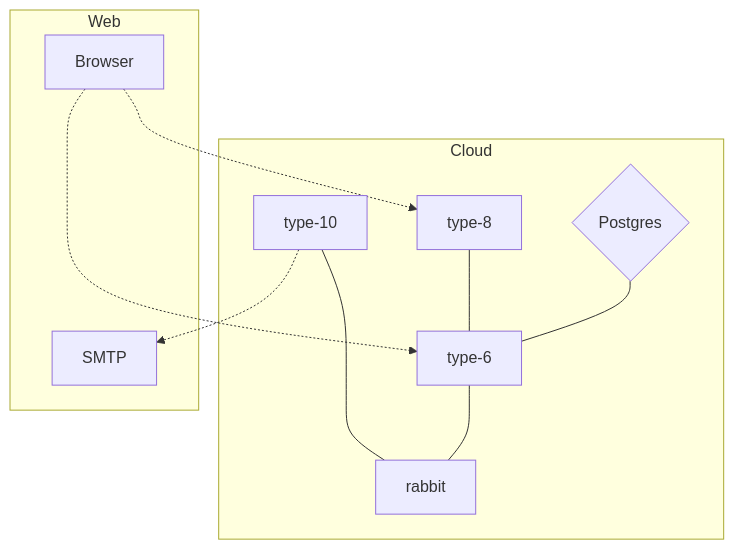
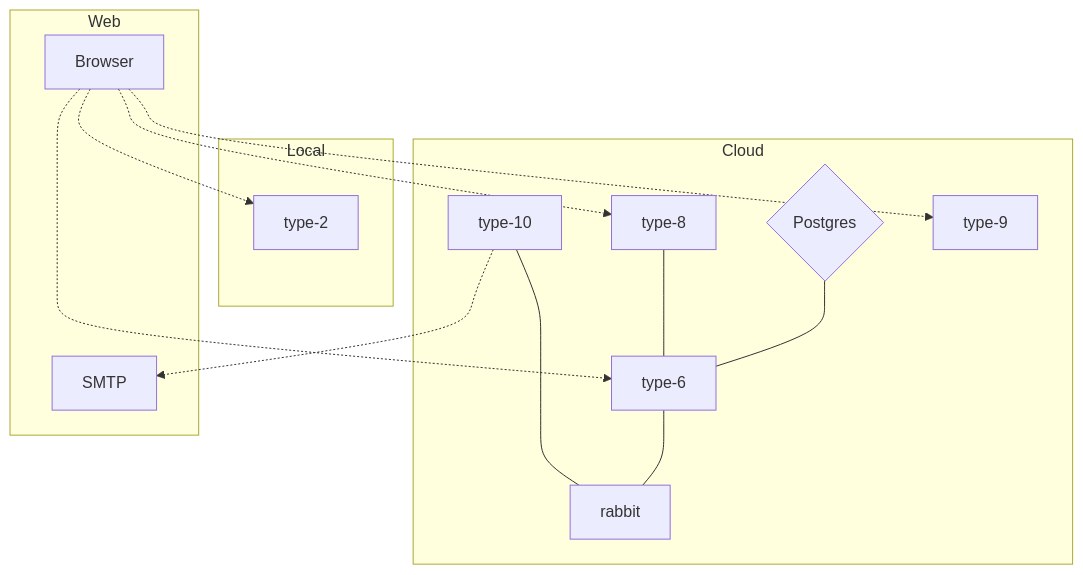
Before and after one commit to timattt/TypeSixCloud: the diagram in Readme.md, drawn with Mermaid. The commit also changed other lines of this file, not shown here.

````diff
--- a/Readme.md
+++ b/Readme.md
@@ -13,17 +13,21 @@
 ```mermaid
 graph TD;
  subgraph "Cloud"
     di{Postgres} --- type-6;
     type-8 --- type-6;
     type-6 --- rabbit;
     type-10 --- rabbit;
-
+    type-9;
+ end
+ subgraph "Local"
+    type-2;
  end
  subgraph "Web"
    Browser -.-> type-6;
-type-10 -.-> SMTP;
+   type-10 -.-> SMTP;
    Browser -.-> type-8;
-   
+   Browser -.-> type-2;
+   Browser -.-> type-9;
  end
 
 ```
````
